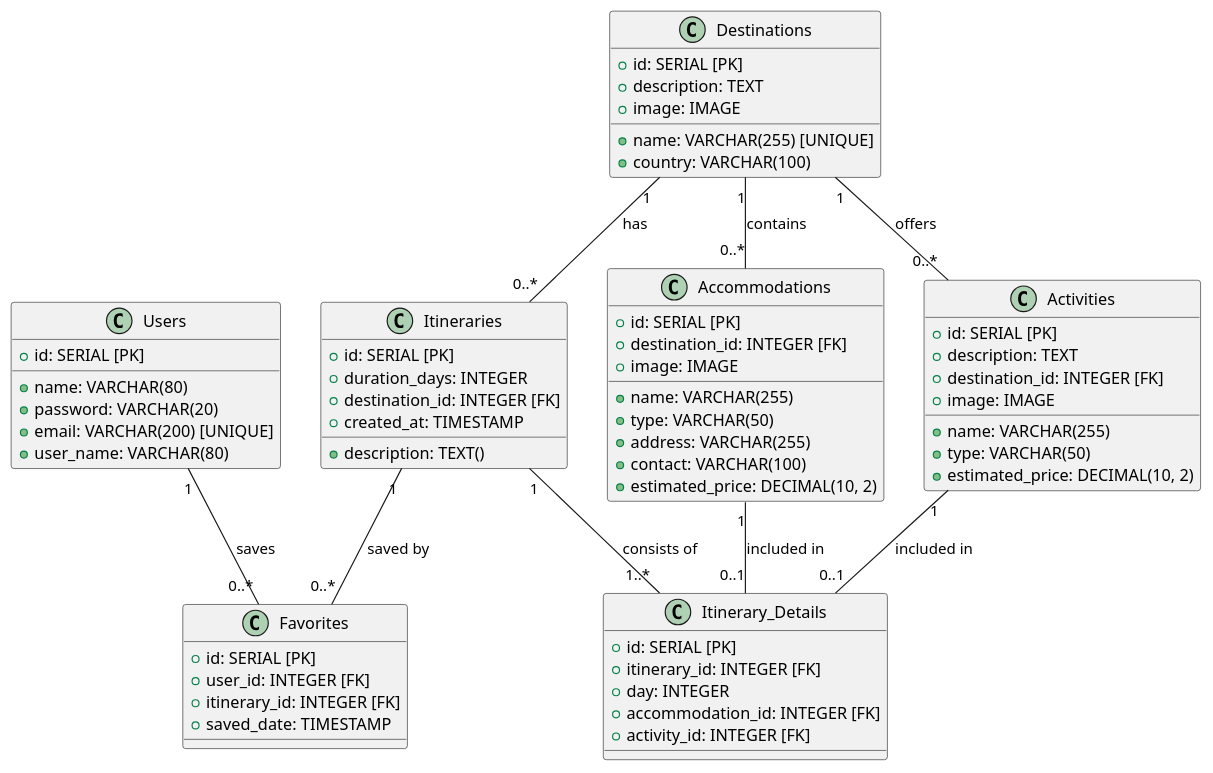
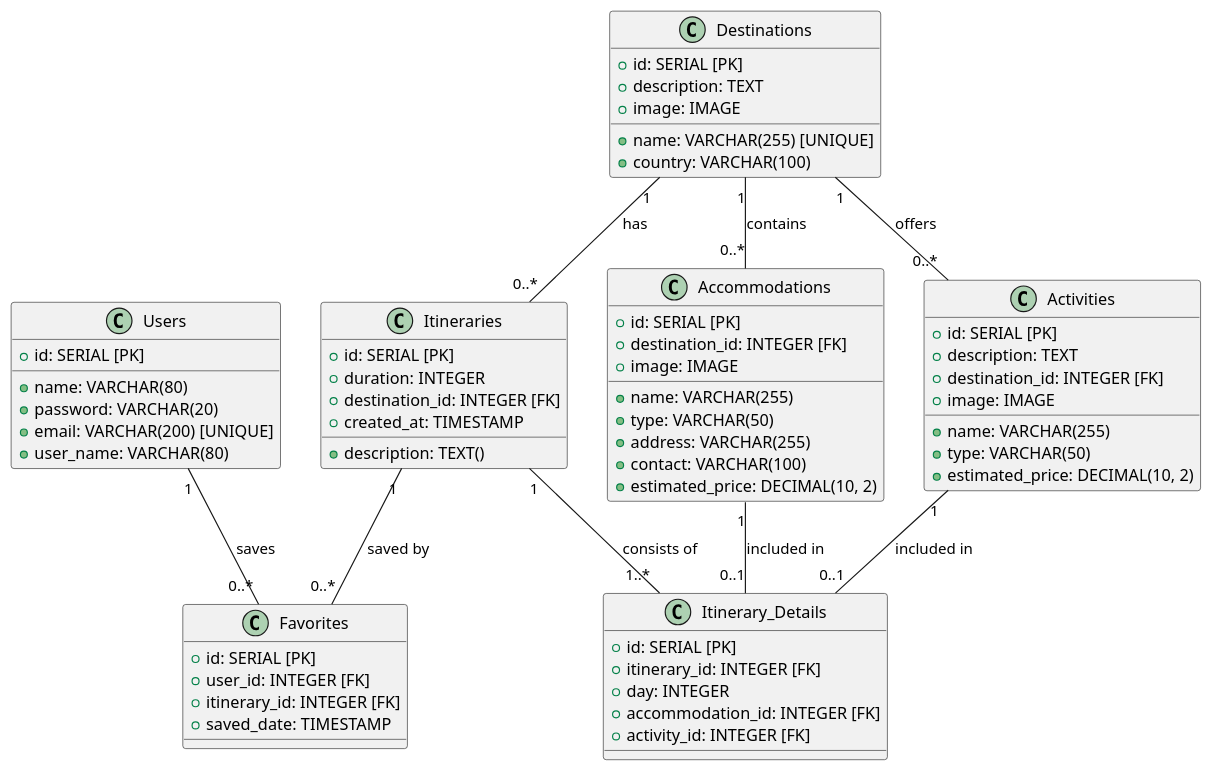
One commit to Fire-Fairy84/trip_planner_back changed the diagram in diagram.puml. Above: the diagram before and after it, drawn with PlantUML. The commit also changed 23 other files, not shown here.

```diff
--- a/diagram.puml
+++ b/diagram.puml
@@ -1,76 +1,76 @@
    @startuml
 
 ' Definition of the entities
 
 class Users {
     +id: SERIAL [PK]
     +name: VARCHAR(80)
     +password: VARCHAR(20)
     +email: VARCHAR(200) [UNIQUE]
     +user_name: VARCHAR(80)
 }
 
 class Destinations {
     +id: SERIAL [PK]
     +name: VARCHAR(255) [UNIQUE]
     +description: TEXT
     +country: VARCHAR(100)
     +image: IMAGE
 }
 
 class Accommodations {
     +id: SERIAL [PK]
     +name: VARCHAR(255)
     +type: VARCHAR(50)
     +address: VARCHAR(255)
     +contact: VARCHAR(100)
     +estimated_price: DECIMAL(10, 2)
     +destination_id: INTEGER [FK]
     +image: IMAGE
 }
 
 class Activities {
     +id: SERIAL [PK]
     +name: VARCHAR(255)
     +type: VARCHAR(50)
     +description: TEXT
     +estimated_price: DECIMAL(10, 2)
     +destination_id: INTEGER [FK]
     +image: IMAGE
 }
 
 class Itineraries {
     +id: SERIAL [PK]
     +description: TEXT()
-    +duration_days: INTEGER
+    +duration: INTEGER
     +destination_id: INTEGER [FK]
     +created_at: TIMESTAMP
 }
 
 class Itinerary_Details {
     +id: SERIAL [PK]
     +itinerary_id: INTEGER [FK]
     +day: INTEGER
     +accommodation_id: INTEGER [FK]
     +activity_id: INTEGER [FK]
 }
 
 class Favorites {
     +id: SERIAL [PK]
     +user_id: INTEGER [FK]
     +itinerary_id: INTEGER [FK]
     +saved_date: TIMESTAMP
 }
 
 ' Relationships with cardinality
 
 Users "1" -- "0..*" Favorites : saves
 Destinations "1" -- "0..*" Accommodations : contains
 Destinations "1" -- "0..*" Activities : offers
 Destinations "1" -- "0..*" Itineraries : has
 Itineraries "1" -- "1..*" Itinerary_Details : consists of
 Accommodations "1" -- "0..1" Itinerary_Details : included in
 Activities "1" -- "0..1" Itinerary_Details : included in
 Itineraries "1" -- "0..*" Favorites : saved by
 
 @enduml
```
